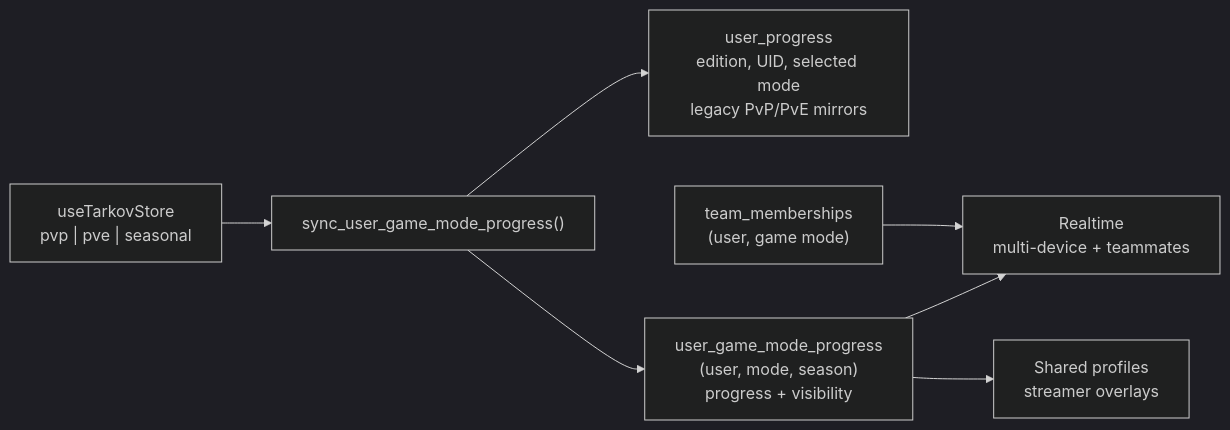
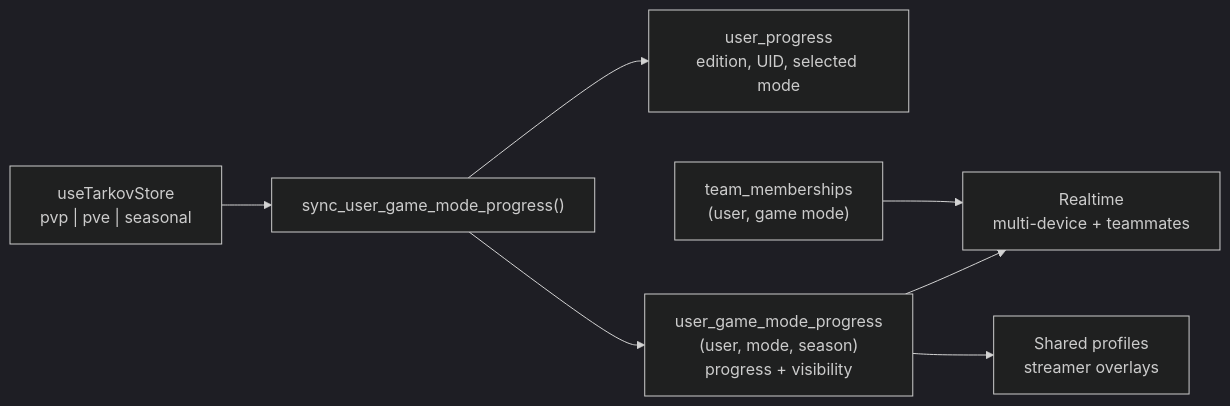
One commit to tarkovtracker-org/TarkovTracker changed the diagram in docs/systems/progress-storage.md. Above: the diagram before and after it, drawn with Mermaid (dark theme). The commit also changed other lines of this file and 17 other files, not shown here.

Commit message:
refactor(progress): retire legacy PvP/PvE dual writes (#1086)

````diff
--- a/docs/systems/progress-storage.md
+++ b/docs/systems/progress-storage.md
@@ -15,9 +16,9 @@
 ```mermaid
 flowchart LR
     Store["useTarkovStore<br/>pvp | pve | seasonal"] --> Sync["sync_user_game_mode_progress()"]
-    Sync --> Meta["user_progress<br/>edition, UID, selected mode<br/>legacy PvP/PvE mirrors"]
+    Sync --> Meta["user_progress<br/>edition, UID, selected mode"]
     Sync --> Modes["user_game_mode_progress<br/>(user, mode, season)<br/>progress + visibility"]
     Modes --> RT["Realtime<br/>multi-device + teammates"]
     Modes --> Share["Shared profiles<br/>streamer overlays"]
     Membership["team_memberships<br/>(user, game mode)"] --> RT
 ```
````
